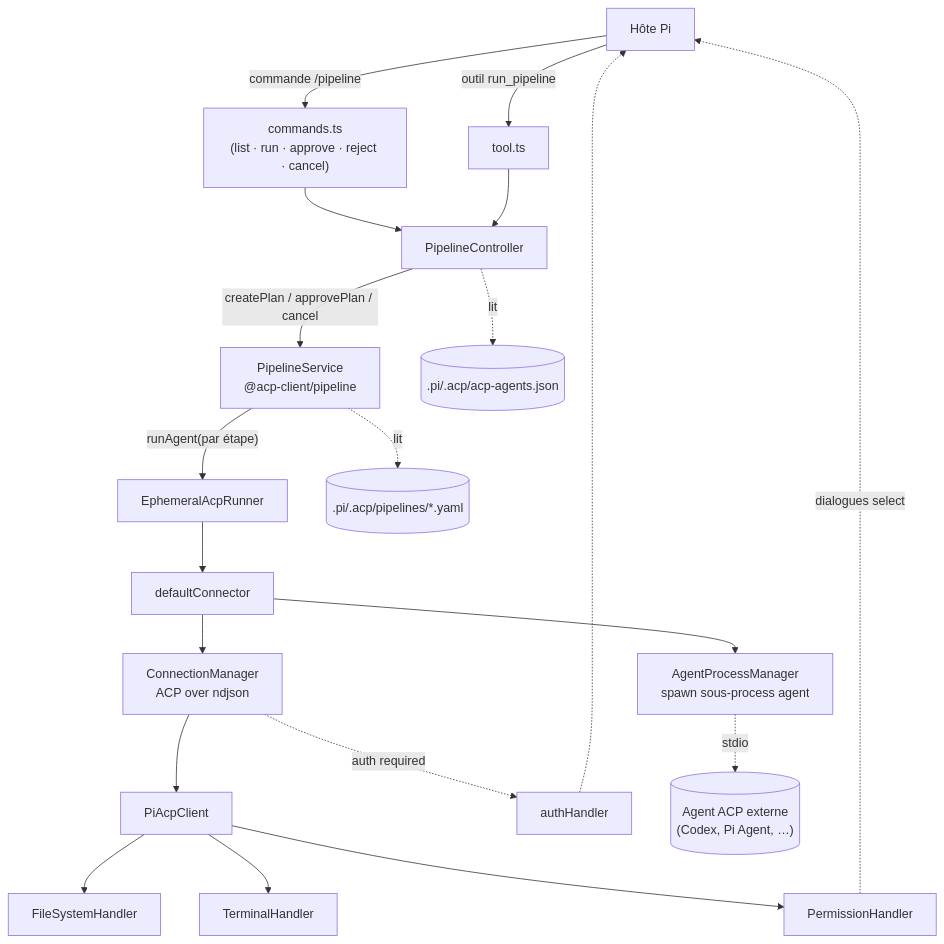
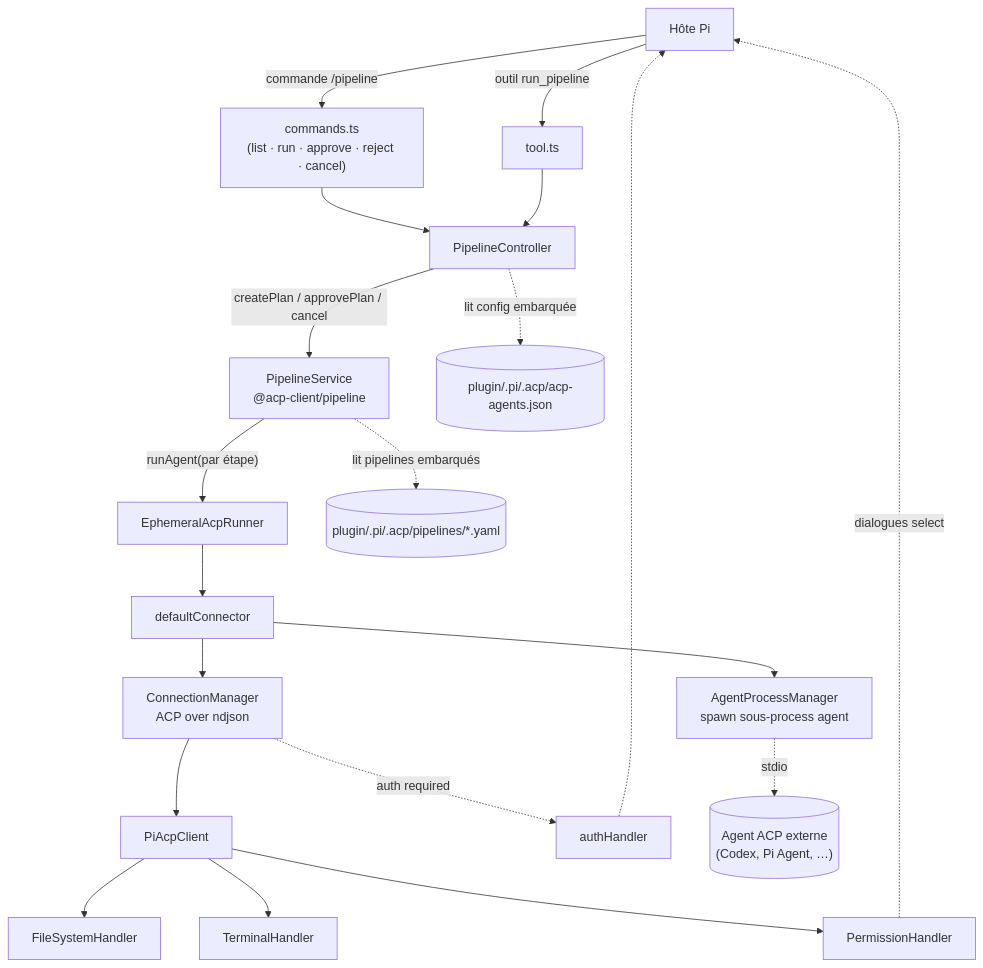
The first of 4 diagrams in plugin-pi/README.md (maurice30120/vscode-acp), drawn with Mermaid before and after one commit. The commit also changed other lines of this file and 202 other files, not shown here.

````diff
--- a/plugin-pi/README.md
+++ b/plugin-pi/README.md
@@ -211,27 +224,27 @@
 ```mermaid
 flowchart TD
   Host["Hôte Pi"]
 
   Host -->|"commande /pipeline"| Cmds["commands.ts<br/>(list · run · approve · reject · cancel)"]
   Host -->|"outil run_pipeline"| Tool["tool.ts"]
   Cmds --> Ctrl["PipelineController"]
   Tool --> Ctrl
 
   Ctrl -->|"createPlan / approvePlan / cancel"| Svc["PipelineService<br/>@acp-client/pipeline"]
   Svc -->|"runAgent(par étape)"| Runner["EphemeralAcpRunner"]
   Runner --> Conn["defaultConnector"]
 
   Conn --> Proc["AgentProcessManager<br/>spawn sous-process agent"]
   Conn --> Cm["ConnectionManager<br/>ACP over ndjson"]
   Cm --> Client["PiAcpClient"]
   Client --> FS["FileSystemHandler"]
   Client --> Term["TerminalHandler"]
   Client --> Perm["PermissionHandler"]
   Perm -.->|"dialogues select"| Host
   Cm -.->|"auth required"| Auth["authHandler"]
   Auth -.-> Host
 
-  Ctrl -.->|"lit"| Cfg[(".pi/.acp/acp-agents.json")]
-  Svc -.->|"lit"| Pipes[(".pi/.acp/pipelines/*.yaml")]
+  Ctrl -.->|"lit config embarquée"| Cfg[("plugin/.pi/.acp/acp-agents.json")]
+  Svc -.->|"lit pipelines embarqués"| Pipes[("plugin/.pi/.acp/pipelines/*.yaml")]
   Proc -.->|"stdio"| Agent[("Agent ACP externe<br/>(Codex, Pi Agent, …)")]
 ```
````
